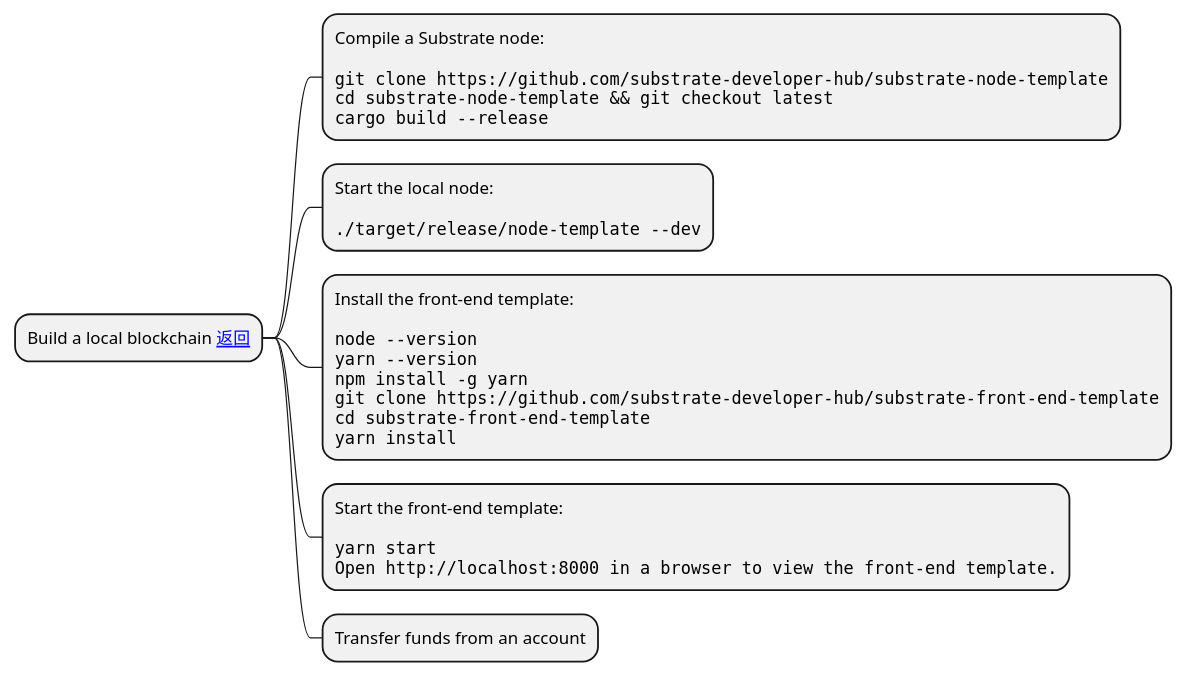
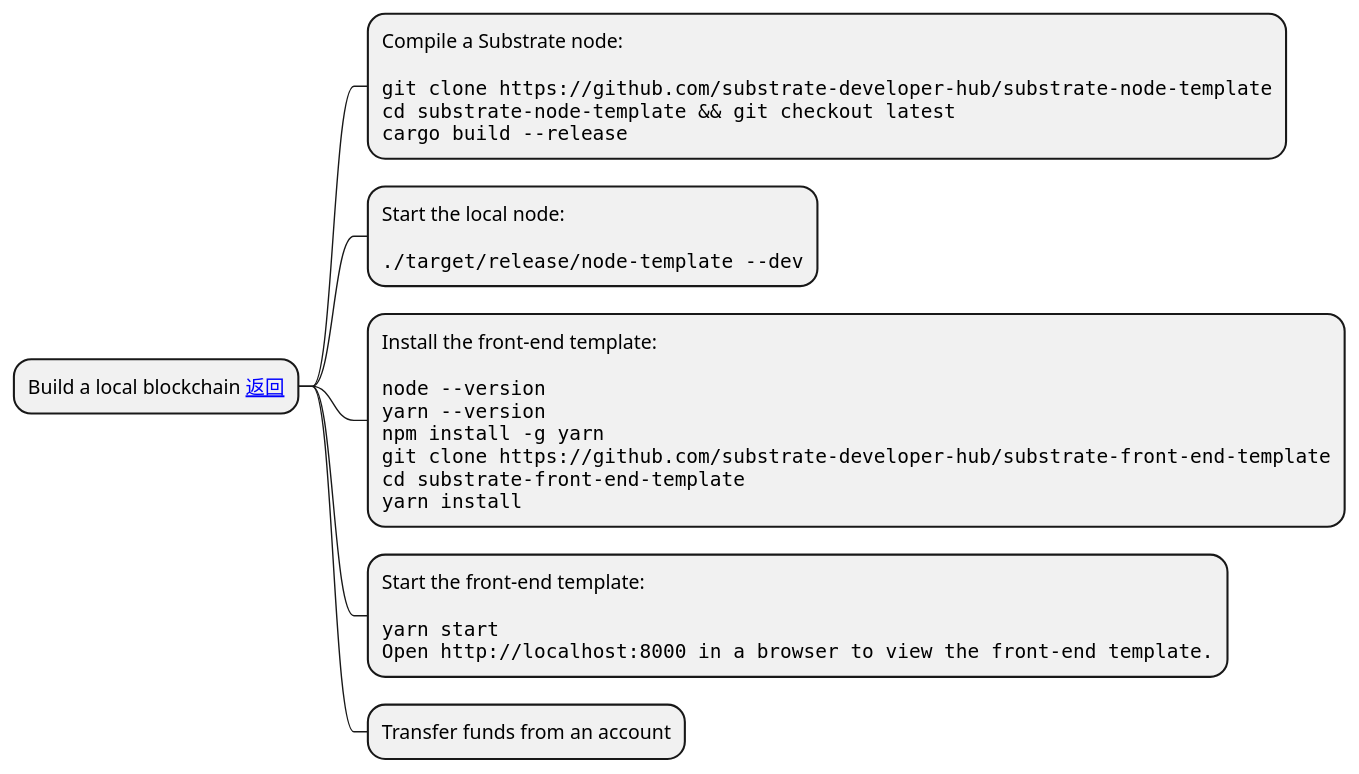
Before and after one commit to KuanHsiaoKuo/programming_anatomy_in_rust: the diagram in materials/plantumls/substrate_tutorials/get-started/build-a-local-blockchain.puml, drawn with PlantUML. The commit also changed 2 other files, not shown here.

```diff
--- a/materials/plantumls/substrate_tutorials/get-started/build-a-local-blockchain.puml
+++ b/materials/plantumls/substrate_tutorials/get-started/build-a-local-blockchain.puml
@@ -1,34 +1,34 @@
 @startmindmap
-scale 850 width
+'scale 850 width
 * Build a local blockchain [[#总览 返回]]
 **:Compile a Substrate node:
 <code>
 
 git clone https://github.com/substrate-developer-hub/substrate-node-template
 cd substrate-node-template && git checkout latest
 cargo build --release
 </code>;
 **:Start the local node:
 <code>
 
 ./target/release/node-template --dev
 </code>;
 **:Install the front-end template:
 <code>
 
 node --version
 yarn --version
 npm install -g yarn
 git clone https://github.com/substrate-developer-hub/substrate-front-end-template
 cd substrate-front-end-template
 yarn install
 </code>;
 **:Start the front-end template:
 <code>
 
 yarn start
 Open http://localhost:8000 in a browser to view the front-end template.
 </code>;
 ** Transfer funds from an account
 
 @endmindmap
```
